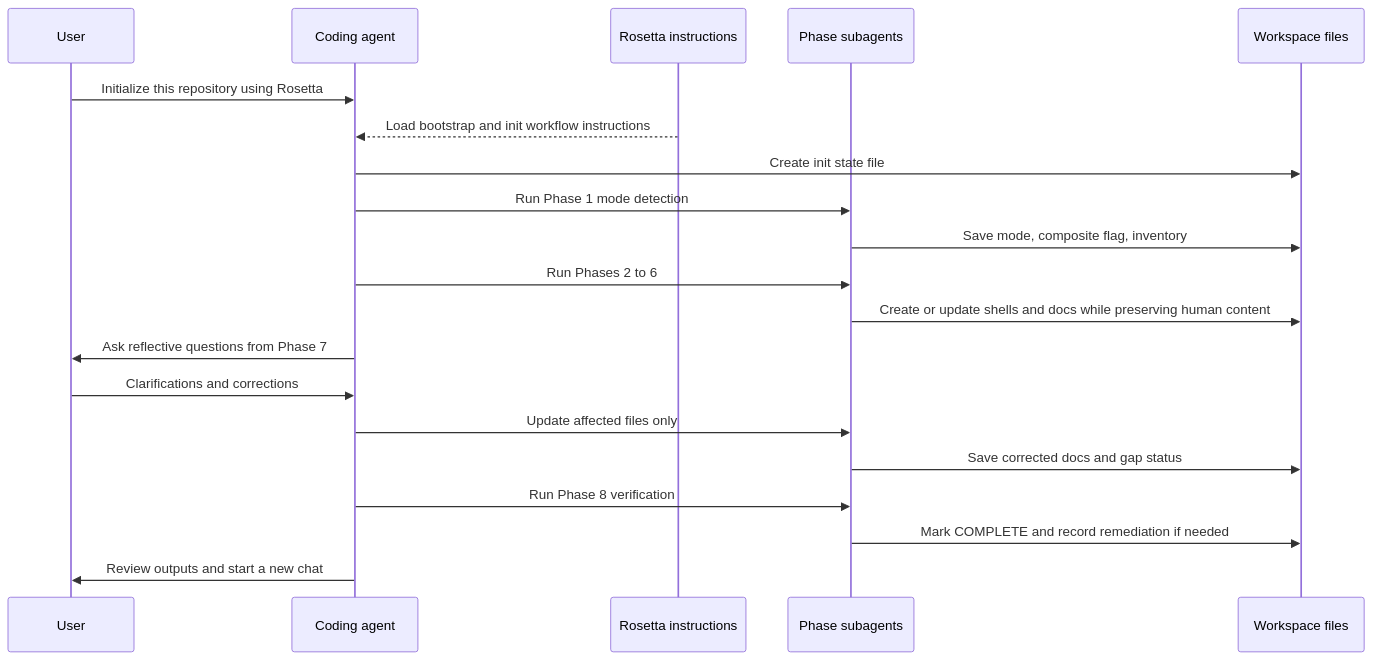
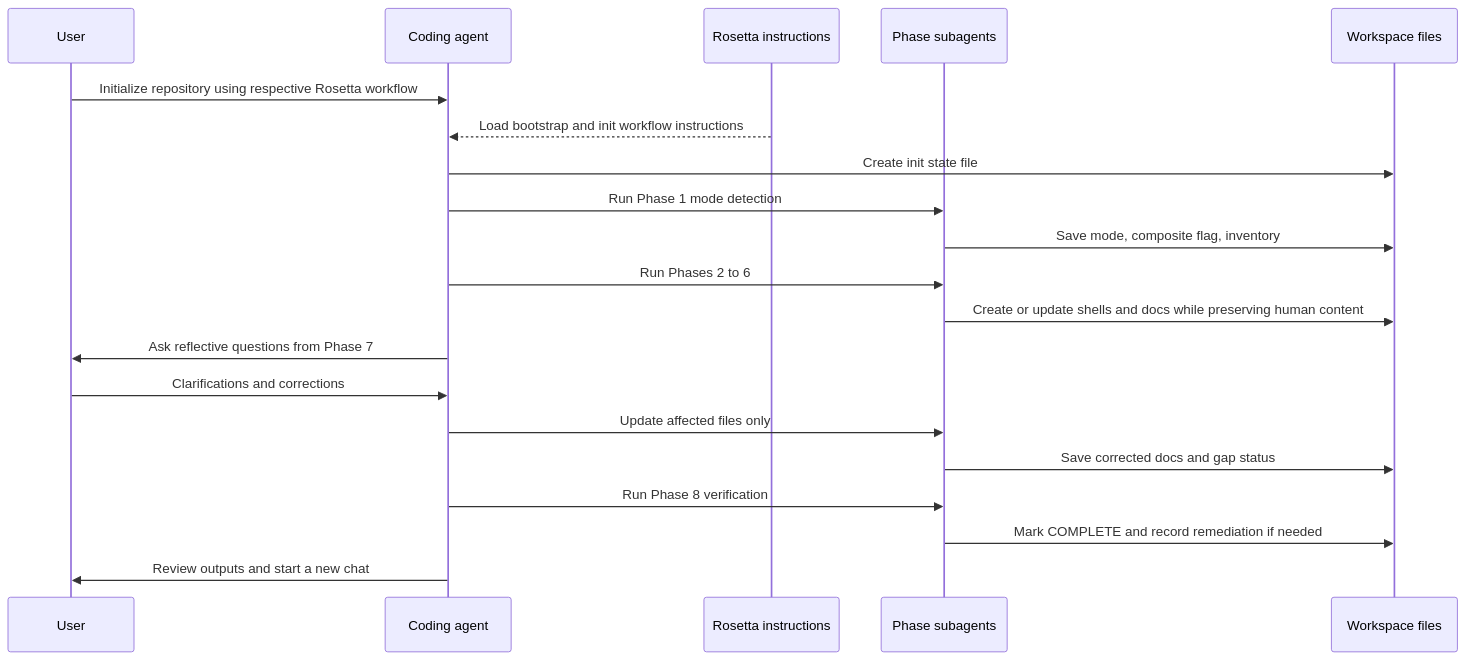
The second of 2 diagrams in docs/web/docs/init-workspace-flow.md (cos-gd/rosetta), drawn with Mermaid before and after one commit. The commit also changed other lines of this file and 24 other files, not shown here.

````diff
--- a/docs/web/docs/init-workspace-flow.md
+++ b/docs/web/docs/init-workspace-flow.md
@@ -104,23 +104,23 @@
 ```mermaid
 sequenceDiagram
     participant U as User
     participant A as Coding agent
     participant R as Rosetta instructions
     participant S as Phase subagents
     participant F as Workspace files
 
-    U->>A: Initialize this repository using Rosetta
+    U->>A: Initialize repository using respective Rosetta workflow
     R-->>A: Load bootstrap and init workflow instructions
     A->>F: Create init state file
     A->>S: Run Phase 1 mode detection
     S->>F: Save mode, composite flag, inventory
     A->>S: Run Phases 2 to 6
     S->>F: Create or update shells and docs while preserving human content
     A->>U: Ask reflective questions from Phase 7
     U->>A: Clarifications and corrections
     A->>S: Update affected files only
     S->>F: Save corrected docs and gap status
     A->>S: Run Phase 8 verification
     S->>F: Mark COMPLETE and record remediation if needed
     A->>U: Review outputs and start a new chat
 ```
````
